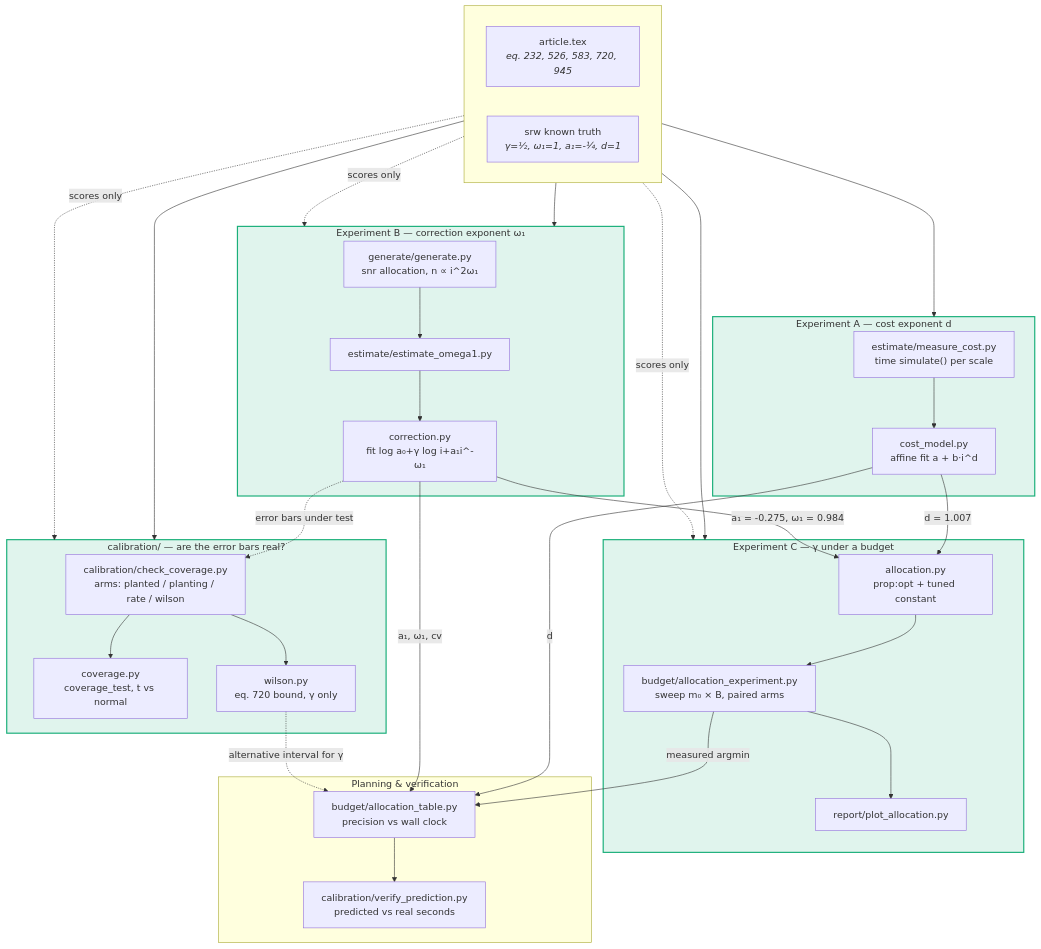
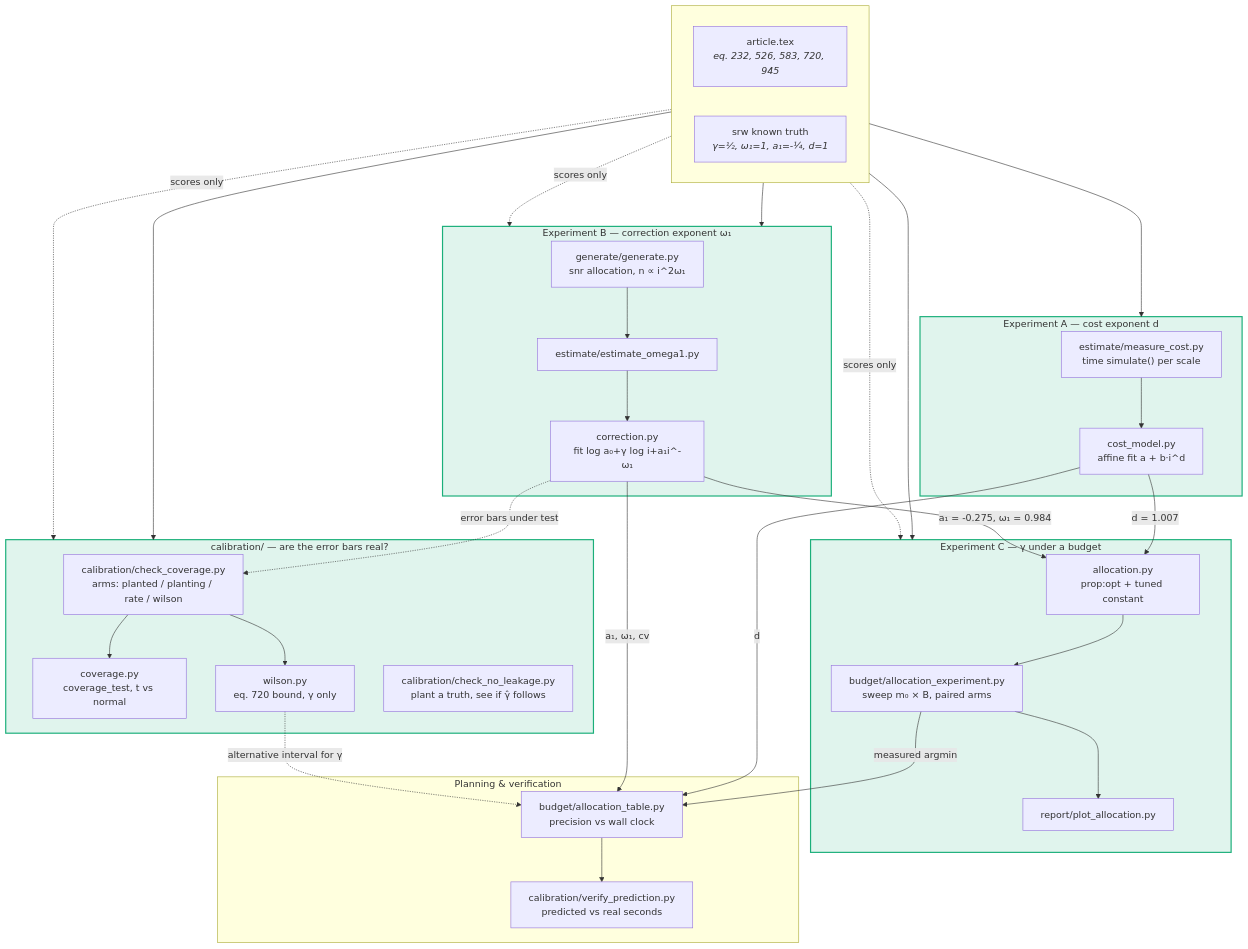
One commit to IgorSSBarbosa/loglog_validation changed the diagram in CATALOG.md. Above: the diagram before and after it, drawn with Mermaid. The commit also changed other lines of this file and 10 other files, not shown here.

````diff
--- a/CATALOG.md
+++ b/CATALOG.md
@@ -17,57 +19,58 @@
 ```mermaid
 flowchart TB
     subgraph inputs[" "]
         direction LR
         ART["article.tex<br/><i>eq. 232, 526, 583, 720, 945</i>"]
         TRUTH["srw known truth<br/><i>γ=½, ω₁=1, a₁=-¼, d=1</i>"]
     end
 
     subgraph expA["Experiment A — cost exponent d"]
         MC["estimate/measure_cost.py<br/>time simulate() per scale"]
         CM["cost_model.py<br/>affine fit a + b·i^d"]
         MC --> CM
     end
 
     subgraph expB["Experiment B — correction exponent ω₁"]
         GEN["generate/generate.py<br/>snr allocation, n ∝ i^2ω₁"]
         EO["estimate/estimate_omega1.py"]
         CORR["correction.py<br/>fit log a₀+γ log i+a₁i^-ω₁"]
         GEN --> EO --> CORR
     end
 
     subgraph expC["Experiment C — γ under a budget"]
         AE["budget/allocation_experiment.py<br/>sweep m₀ × B, paired arms"]
         ALLOC["allocation.py<br/>prop:opt + tuned constant"]
         PA["report/plot_allocation.py"]
         ALLOC --> AE --> PA
     end
 
     subgraph check["calibration/ — are the error bars real?"]
         CC["calibration/check_coverage.py<br/>arms: planted / planting / rate / wilson"]
         COV["coverage.py<br/>coverage_test, t vs normal"]
         WIL["wilson.py<br/>eq. 720 bound, γ only"]
+        NL["calibration/check_no_leakage.py<br/>plant a truth, see if γ̂ follows"]
         CC --> COV
         CC --> WIL
     end
 
     subgraph plan["Planning & verification"]
         AT["budget/allocation_table.py<br/>precision vs wall clock"]
         VP["calibration/verify_prediction.py<br/>predicted vs real seconds"]
     end
 
     ART --> expA & expB & expC & check
     TRUTH -.scores only.-> expB & expC & check
 
     CM -- "d = 1.007" --> ALLOC
     CM -- d --> AT
     CORR -- "a₁ = -0.275, ω₁ = 0.984" --> ALLOC
     CORR -- a₁, ω₁, cv --> AT
     AE -- measured argmin --> AT
     AT --> VP
     CORR -.error bars under test.-> CC
     WIL -.alternative interval for γ.-> AT
 
     classDef done fill:#1baf7a22,stroke:#1baf7a,stroke-width:2px
     classDef todo fill:#eb683422,stroke:#eb6834,stroke-width:2px,stroke-dasharray:4 3
     class expA,expB,expC,check done
 ```
````
